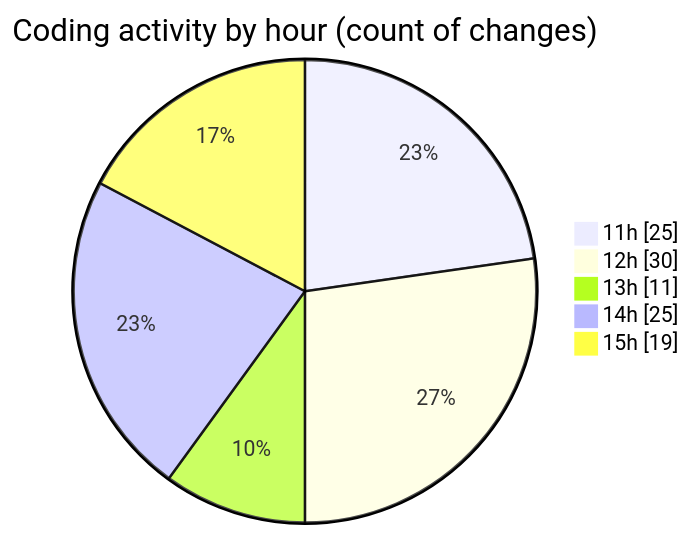
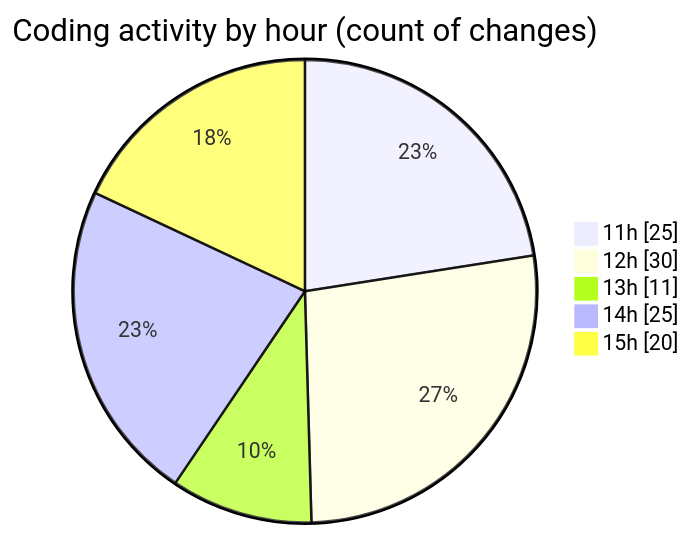
The second of 2 diagrams in 2025-08-13/nxtqube_webapp/README.md (nxtqubesakshisongat/code-tracking), drawn with Mermaid before and after one commit. The commit also changed other lines of this file and 1 other file, not shown here.

````diff
--- a/2025-08-13/nxtqube_webapp/README.md
+++ b/2025-08-13/nxtqube_webapp/README.md
@@ -35,9 +35,9 @@
 ```mermaid
 pie showData
 title Coding activity by hour (count of changes)
 "11h" : 25
 "12h" : 30
 "13h" : 11
 "14h" : 25
-"15h" : 19
+"15h" : 20
 ```
````
